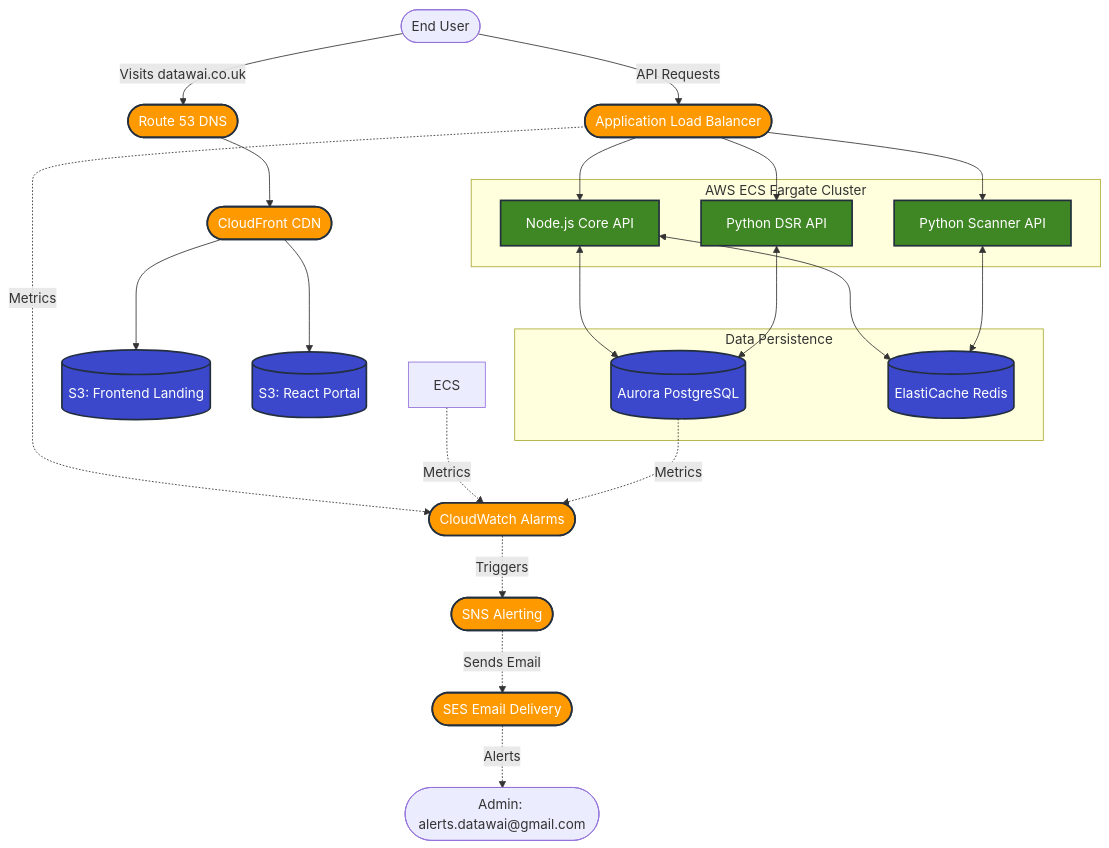
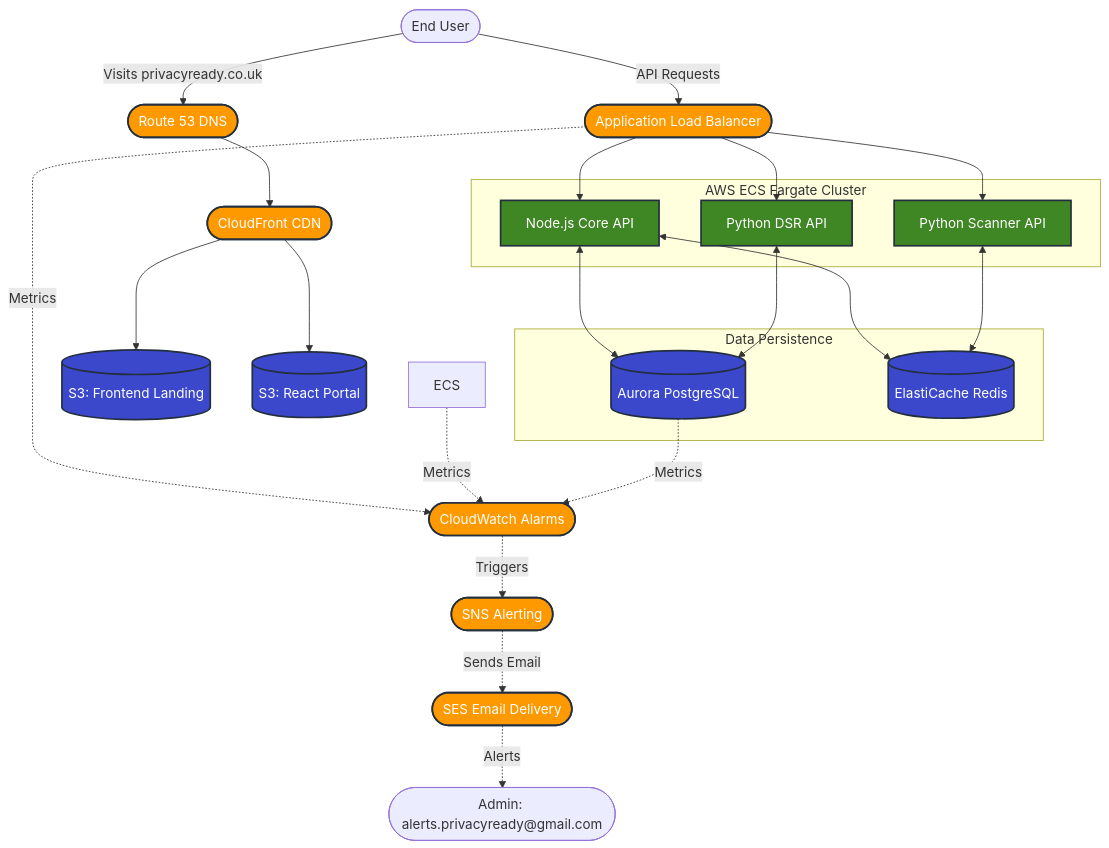
One commit to Dad3-Murp4y/privacyready changed the first of 2 diagrams in docs/README.md. Above: the diagram before and after it, drawn with Mermaid. The commit also changed other lines of this file and 48 other files, not shown here.

Commit message:
chore: rebrand system from datawai to privacyready

````diff
--- a/docs/README.md
+++ b/docs/README.md
@@ -13,64 +13,64 @@
 ```mermaid
 graph TD
     %% Define User and DNS
     User([End User])
     DNS([Route 53 DNS])
     
     %% Define Frontend / CDN
     CDN([CloudFront CDN])
     S3_Frontend[(S3: Frontend Landing)]
     S3_Portal[(S3: React Portal)]
     
     %% Define Backend / Application Layer
     ALB([Application Load Balancer])
     
     subgraph "AWS ECS Fargate Cluster"
         API[Node.js Core API]
         Scanner[Python Scanner API]
         DSR[Python DSR API]
     end
     
     %% Define Data Layer
     subgraph "Data Persistence"
         RDS[(Aurora PostgreSQL)]
         Redis[(ElastiCache Redis)]
     end
     
     %% Define Monitoring Layer
     CloudWatch([CloudWatch Alarms])
     SNS([SNS Alerting])
     SES([SES Email Delivery])
     
     %% Flow
-    User -->|Visits datawai.co.uk| DNS
+    User -->|Visits privacyready.co.uk| DNS
     DNS --> CDN
     CDN --> S3_Frontend
     CDN --> S3_Portal
     
     User -->|API Requests| ALB
     ALB --> API
     ALB --> Scanner
     ALB --> DSR
     
     API <--> RDS
     API <--> Redis
     Scanner <--> Redis
     DSR <--> RDS
     
     %% Monitoring Flow
     ALB -.->|Metrics| CloudWatch
     ECS -.->|Metrics| CloudWatch
     RDS -.->|Metrics| CloudWatch
     
     CloudWatch -.->|Triggers| SNS
     SNS -.->|Sends Email| SES
-    SES -.->|Alerts| Admin([Admin: alerts.datawai@gmail.com])
+    SES -.->|Alerts| Admin([Admin: alerts.privacyready@gmail.com])
     
     classDef aws fill:#FF9900,stroke:#232F3E,stroke-width:2px,color:white;
     classDef service fill:#3F8624,stroke:#232F3E,stroke-width:2px,color:white;
     classDef data fill:#3B48CC,stroke:#232F3E,stroke-width:2px,color:white;
     
     class CDN,ALB,CloudWatch,SNS,SES,DNS aws;
     class API,Scanner,DSR service;
     class S3_Frontend,S3_Portal,RDS,Redis data;
 ```
````
